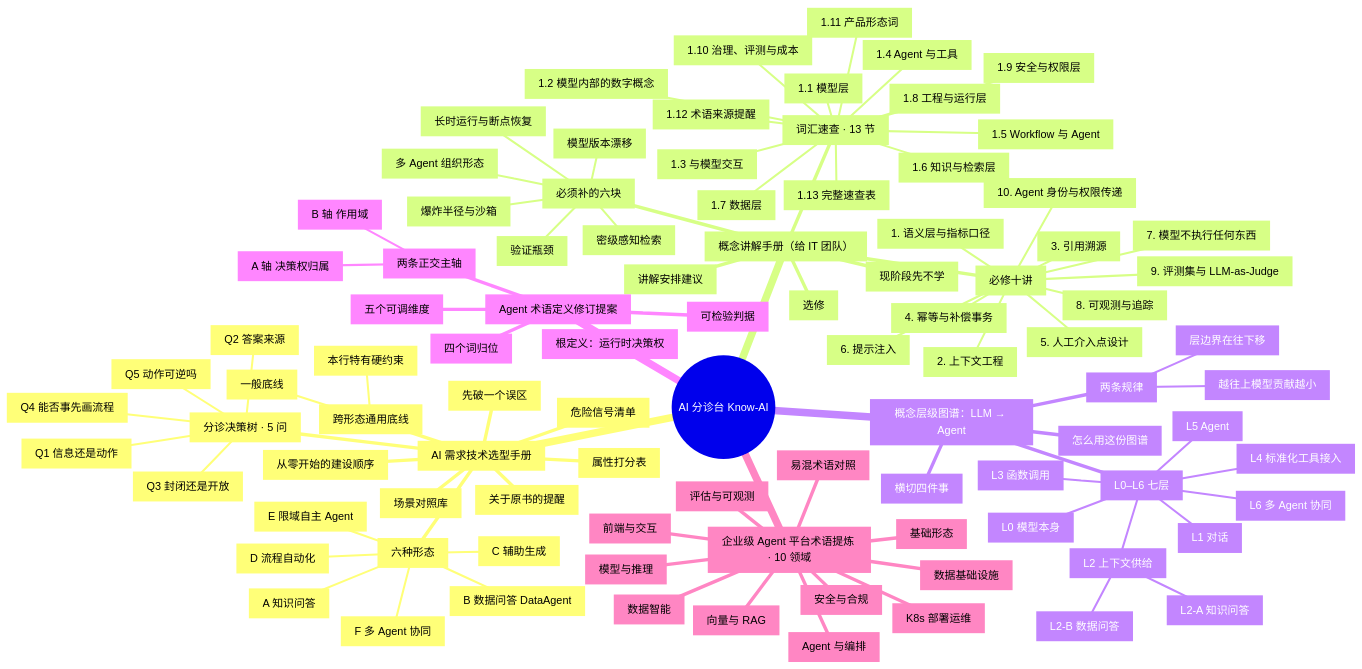
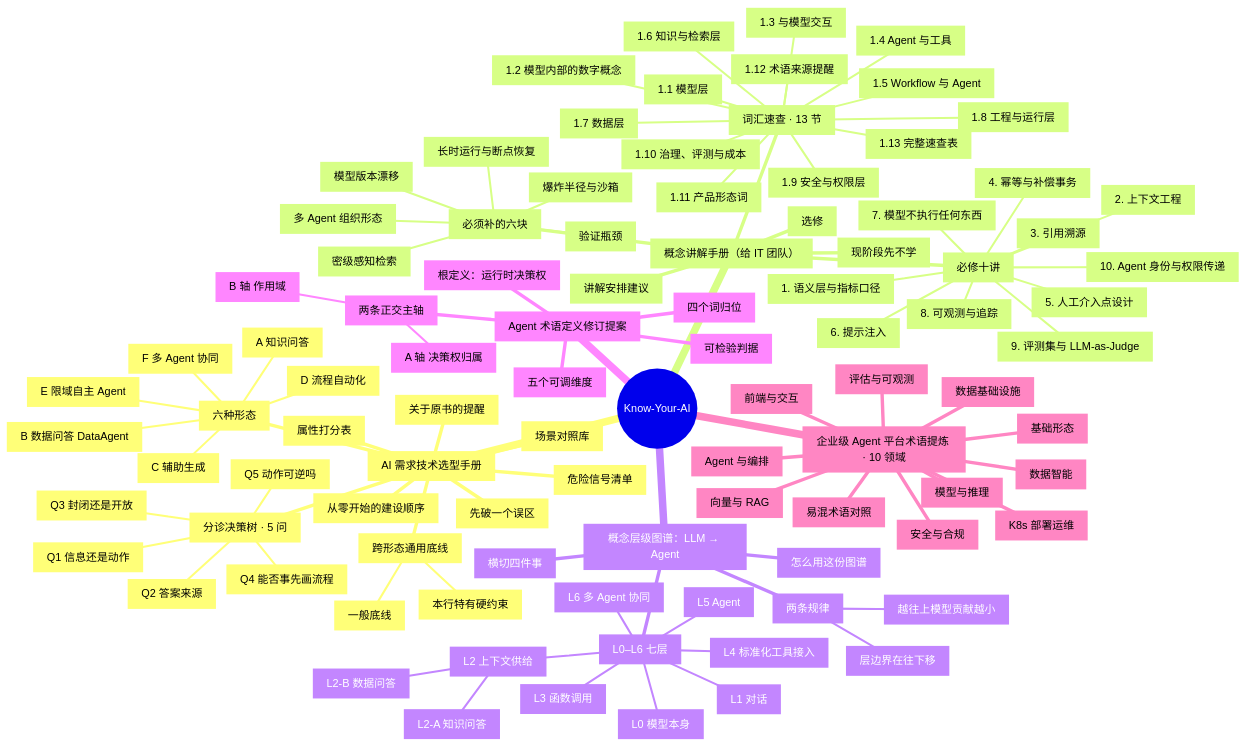
One commit to pz1130/Know-AI changed the diagram in web/public/docs/思维导图_全景.md. Above: the diagram before and after it, drawn with Mermaid. The commit also changed other lines of this file and 13 other files, not shown here.

First line of the commit message:
feat: 思维导图 v2 + 品牌改名 Know-Your-AI (KYA) (#13)

````diff
--- a/web/public/docs/思维导图_全景.md
+++ b/web/public/docs/思维导图_全景.md
@@ -14,6 +14,6 @@
 ```mermaid
 mindmap
-  root(("AI 分诊台 Know-AI"))
+  root(("Know-Your-AI"))
     n1["AI 需求技术选型手册"]
       n2["先破一个误区"]
       n3["分诊决策树 · 5 问"]
````
